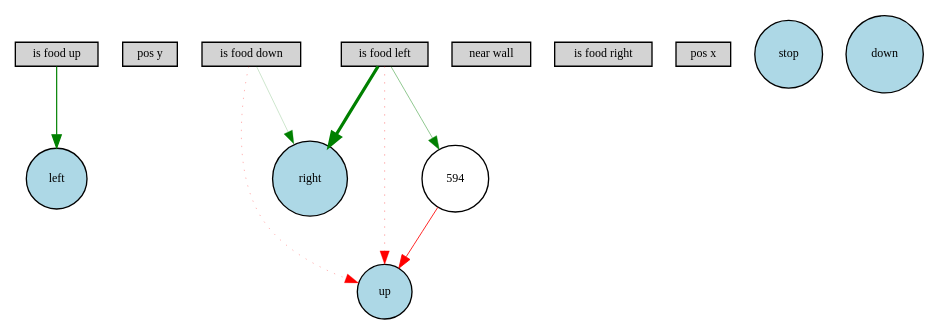
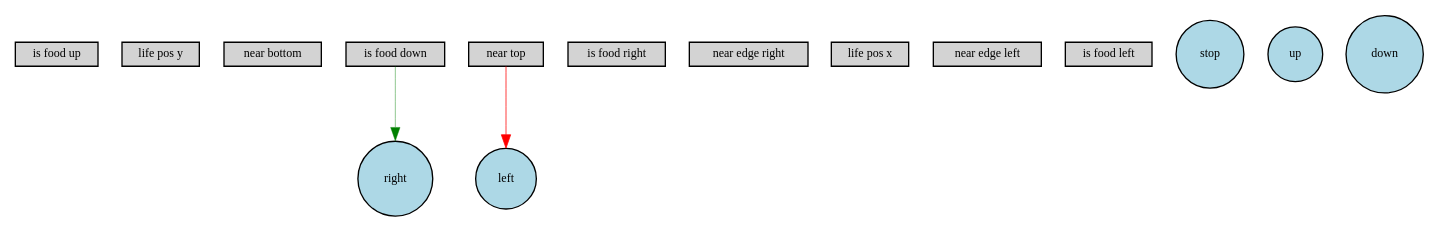
Before and after one commit to Elphiie/Kurs: the diagram in Digraph.gv, drawn with Graphviz. The commit also changed 199 other files, not shown here.

```diff
--- a/Digraph.gv
+++ b/Digraph.gv
@@ -1,23 +1,20 @@
 digraph {
 	node [fontsize=9 height=0.2 shape=circle width=0.2]
 	"is food up" [fillcolor=lightgray shape=box style=filled]
-	"pos y" [fillcolor=lightgray shape=box style=filled]
+	"life pos y" [fillcolor=lightgray shape=box style=filled]
+	"near bottom" [fillcolor=lightgray shape=box style=filled]
 	"is food down" [fillcolor=lightgray shape=box style=filled]
-	"near wall" [fillcolor=lightgray shape=box style=filled]
+	"near top" [fillcolor=lightgray shape=box style=filled]
 	"is food right" [fillcolor=lightgray shape=box style=filled]
-	"pos x" [fillcolor=lightgray shape=box style=filled]
+	"near edge right" [fillcolor=lightgray shape=box style=filled]
+	"life pos x" [fillcolor=lightgray shape=box style=filled]
+	"near edge left" [fillcolor=lightgray shape=box style=filled]
 	"is food left" [fillcolor=lightgray shape=box style=filled]
 	stop [fillcolor=lightblue style=filled]
 	up [fillcolor=lightblue style=filled]
 	down [fillcolor=lightblue style=filled]
 	left [fillcolor=lightblue style=filled]
 	right [fillcolor=lightblue style=filled]
-	594 [fillcolor=white style=filled]
-	"is food down" -> right [color=green penwidth=0.15385504566957492 style=solid]
-	"is food left" -> right [color=green penwidth=2.4239597135622692 style=solid]
-	"is food up" -> left [color=green penwidth=0.8914868537780097 style=solid]
-	"is food left" -> up [color=red penwidth=0.28370422910510473 style=dotted]
-	"is food down" -> up [color=red penwidth=0.22074803403445037 style=dotted]
-	"is food left" -> 594 [color=green penwidth=0.3284575049387285 style=solid]
-	594 -> up [color=red penwidth=0.627746684057879 style=solid]
+	"is food down" -> right [color=green penwidth=0.328553048194264 style=solid]
+	"near top" -> left [color=red penwidth=0.5705205445379011 style=solid]
 }
```
